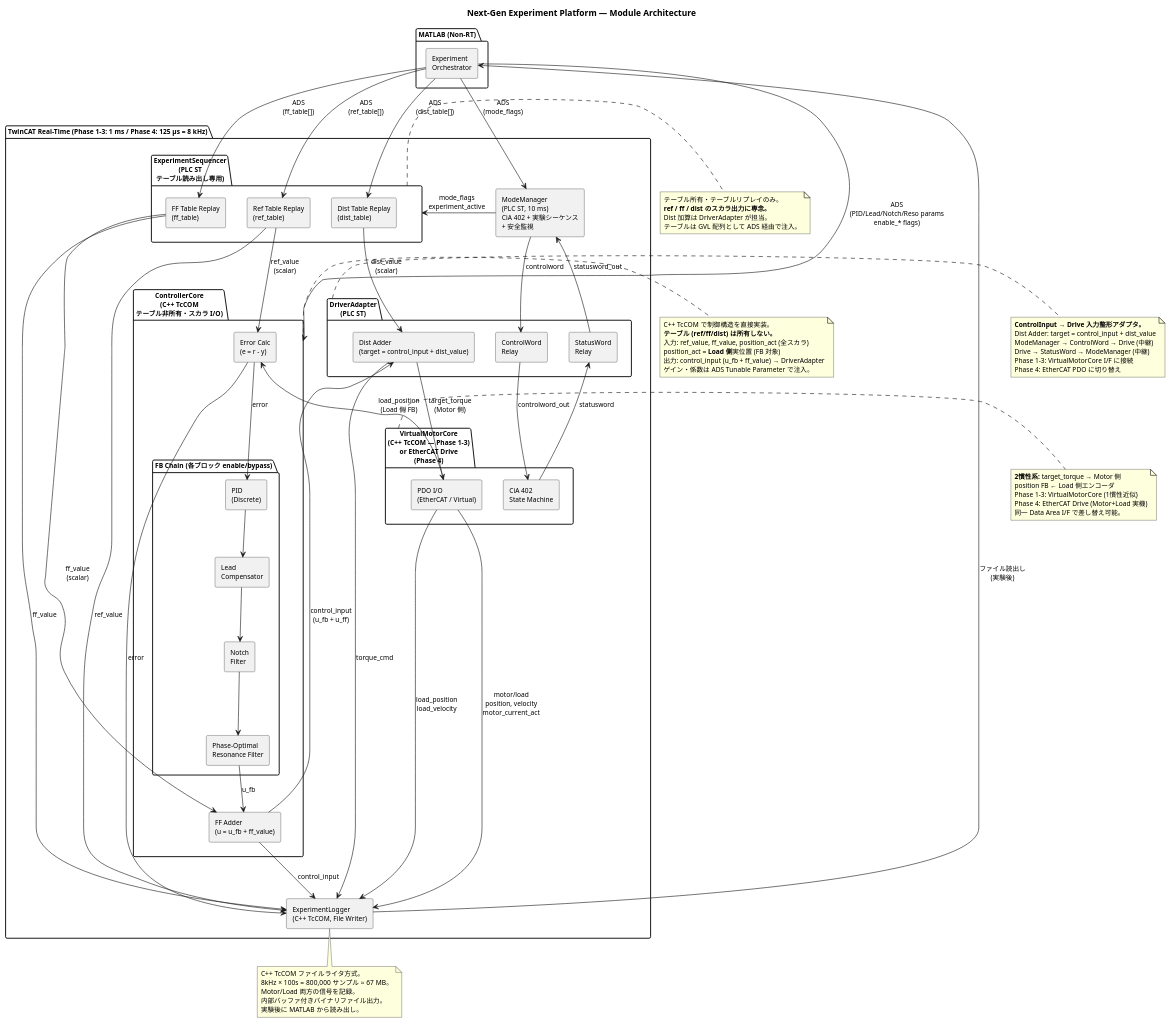
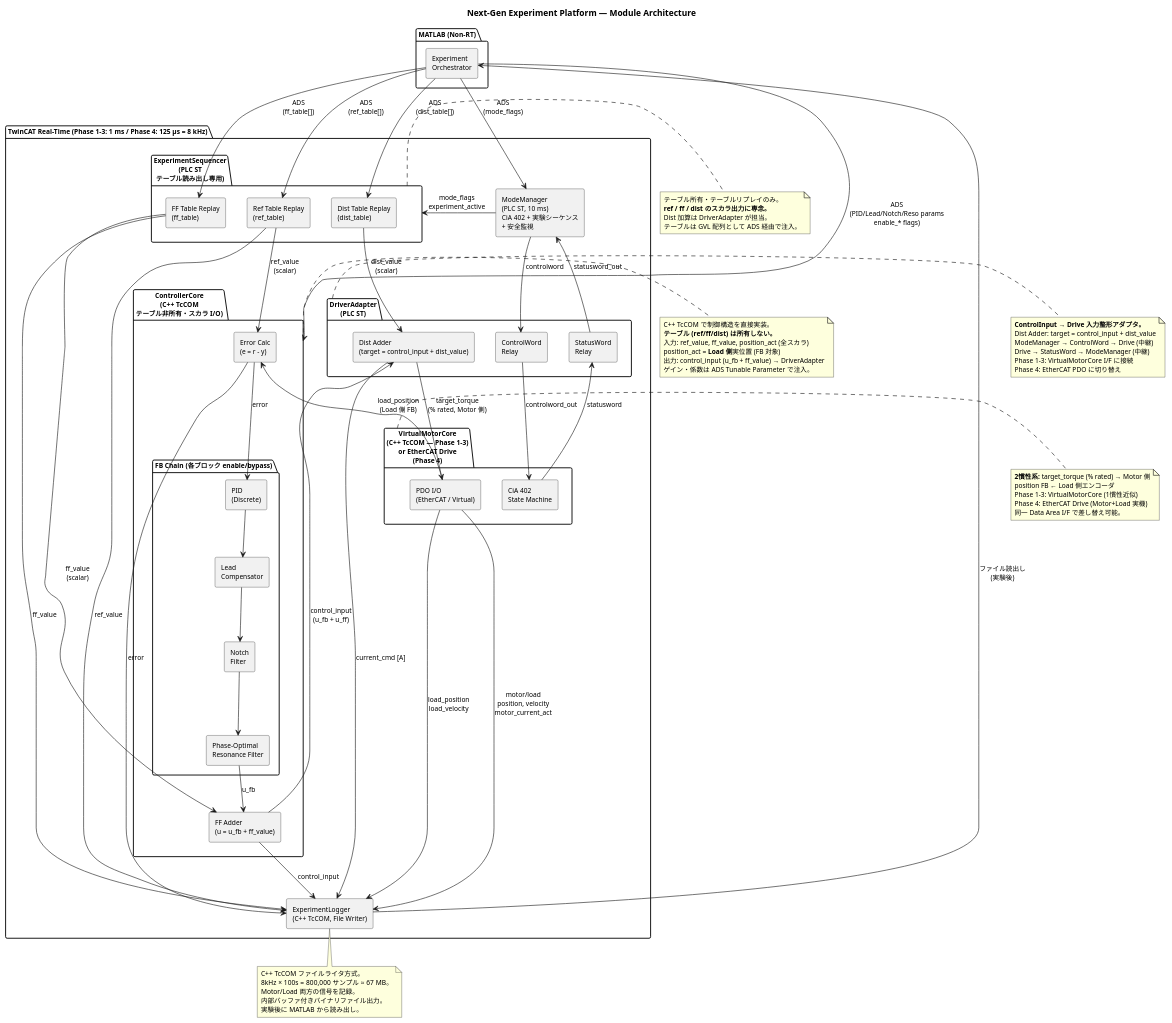
The diagram in docs/NewProjectBlock.pu (MONIN013/Experiment-Hail-Mary), drawn with PlantUML before and after one commit. The commit also changed 14 other files, not shown here.

```diff
--- a/docs/NewProjectBlock.pu
+++ b/docs/NewProjectBlock.pu
@@ -1,158 +1,158 @@
 @startuml
 skinparam componentStyle rectangle
 skinparam shadowing false
 skinparam defaultFontSize 11
 
 title Next-Gen Experiment Platform — Module Architecture
 
 ' ============================================================
 '  TwinCAT Real-Time Layer
 ' ============================================================
 package "TwinCAT Real-Time (Phase 1-3: 1 ms / Phase 4: 125 µs = 8 kHz)" {
 
   ' ---- Drive / Plant ----
   package "VirtualMotorCore\n(C++ TcCOM — Phase 1-3)\nor EtherCAT Drive\n(Phase 4)" as Drive {
     [CiA 402\nState Machine] as CiA
     [PDO I/O\n(EtherCAT / Virtual)] as PDO
   }
 
   ' ---- DriverAdapter (PLC ST — ControlInput→Drive整形 + CW/SW中継) ----
   package "DriverAdapter\n(PLC ST)" as DA {
     [Dist Adder\n(target = control_input + dist_value)] as DistAddDrv
     [ControlWord\nRelay] as CWRelay
     [StatusWord\nRelay] as SWRelay
   }
 
   ' ---- ControllerCore (C++ TcCOM — 誤差計算 + FB Chain + FF付加) ----
   package "ControllerCore\n(C++ TcCOM\nテーブル非所有・スカラ I/O)" as CC {
     [Error Calc\n(e = r - y)] as Err
 
     package "FB Chain (各ブロック enable/bypass)" {
       [PID\n(Discrete)] as PID
       [Lead\nCompensator] as Lead
       [Notch\nFilter] as Notch
       [Phase-Optimal\nResonance Filter] as Reso
     }
 
     [FF Adder\n(u = u_fb + ff_value)] as FFAdd
   }
 
   ' ---- ExperimentSequencer (PLC ST — テーブル読み出し専用) ----
   package "ExperimentSequencer\n(PLC ST\nテーブル読み出し専用)" as Seq {
     [Ref Table Replay\n(ref_table)] as RefTbl
     [FF Table Replay\n(ff_table)] as FF
     [Dist Table Replay\n(dist_table)] as Dist
   }
 
   ' ---- ModeManager (PLC ST) ----
   [ModeManager\n(PLC ST, 10 ms)\nCiA 402 + 実験シーケンス\n+ 安全監視] as Mode
 
   ' ---- ExperimentLogger (C++ TcCOM) ----
   [ExperimentLogger\n(C++ TcCOM, File Writer)] as Log
 
   ' ---- Data flow: Drive → ControllerCore (Load 側 FB) ----
   PDO --> Err : load_position\n(Load 側 FB)
   PDO --> Log : motor/load\nposition, velocity\nmotor_current_act
 
   ' ---- ExperimentSequencer → ControllerCore (スカラ) ----
   RefTbl --> Err : ref_value\n(scalar)
   FF --> FFAdd : ff_value\n(scalar)
 
   ' ---- ExperimentSequencer → DriverAdapter (dist_value) ----
   Dist --> DistAddDrv : dist_value\n(scalar)
 
   ' ---- ControllerCore internal ----
   Err --> PID : error
   PID --> Lead
   Lead --> Notch
   Notch --> Reso
   Reso --> FFAdd : u_fb
 
   ' ---- ControllerCore → DriverAdapter ----
   FFAdd --> DistAddDrv : control_input\n(u_fb + u_ff)
 
   ' ---- DriverAdapter → Drive (Motor 側入力) ----
-  DistAddDrv --> PDO : target_torque\n(Motor 側)
+  DistAddDrv --> PDO : target_torque\n(% rated, Motor 側)
 
   ' ---- ModeManager → DriverAdapter → Drive (ControlWord) ----
   Mode --> CWRelay : controlword
   CWRelay --> CiA : controlword_out
 
   ' ---- Drive → DriverAdapter → ModeManager (StatusWord) ----
   CiA --> SWRelay : statusword
   SWRelay --> Mode : statusword_out
 
   ' ---- ModeManager → ExperimentSequencer ----
   Mode --> Seq : mode_flags\nexperiment_active
 
   ' ---- Logging ----
   Err --> Log : error
-  DistAddDrv --> Log : torque_cmd
+  DistAddDrv --> Log : current_cmd [A]
   RefTbl --> Log : ref_value
   FF --> Log : ff_value
   FFAdd --> Log : control_input
   PDO --> Log : load_position\nload_velocity
 }
 
 ' ============================================================
 '  MATLAB Non-RT Layer
 ' ============================================================
 package "MATLAB (Non-RT)" {
   [Experiment\nOrchestrator] as Matlab
 }
 
 ' ---- ADS parameter injection (Non-RT → RT) ----
 Matlab --> Mode : ADS\n(mode_flags)
 Matlab --> CC : ADS\n(PID/Lead/Notch/Reso params\nenable_* flags)
 Matlab --> RefTbl : ADS\n(ref_table[])
 Matlab --> FF : ADS\n(ff_table[])
 Matlab --> Dist : ADS\n(dist_table[])
 
 ' ---- ADS data pull (RT → Non-RT) ----
 Log --> Matlab : ファイル読出し\n(実験後)
 
 ' ============================================================
 '  Notes
 ' ============================================================
 note right of CC
   C++ TcCOM で制御構造を直接実装。
   **テーブル (ref/ff/dist) は所有しない。**
   入力: ref_value, ff_value, position_act (全スカラ)
   position_act = **Load 側**実位置 (FB 対象)
   出力: control_input (u_fb + ff_value) → DriverAdapter
   ゲイン・係数は ADS Tunable Parameter で注入。
 end note
 
 note right of Seq
   テーブル所有・テーブルリプレイのみ。
   **ref / ff / dist のスカラ出力に専念。**
   Dist 加算は DriverAdapter が担当。
   テーブルは GVL 配列として ADS 経由で注入。
 end note
 
 note right of DA
   **ControlInput → Drive 入力整形アダプタ。**
   Dist Adder: target = control_input + dist_value
   ModeManager → ControlWord → Drive (中継)
   Drive → StatusWord → ModeManager (中継)
   Phase 1-3: VirtualMotorCore I/F に接続
   Phase 4: EtherCAT PDO に切り替え
 end note
 
 note right of Drive
-  **2慣性系:** target_torque → Motor 側
+  **2慣性系:** target_torque (% rated) → Motor 側
   position FB ← Load 側エンコーダ
   Phase 1-3: VirtualMotorCore (1慣性近似)
   Phase 4: EtherCAT Drive (Motor+Load 実機)
   同一 Data Area I/F で差し替え可能。
 end note
 
 note bottom of Log
   C++ TcCOM ファイルライタ方式。
   8kHz × 100s = 800,000 サンプル ≈ 67 MB。
   Motor/Load 両方の信号を記録。
   内部バッファ付きバイナリファイル出力。
   実験後に MATLAB から読み出し。
 end note
 
 @enduml
```
